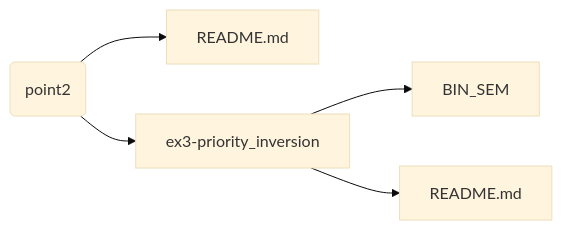
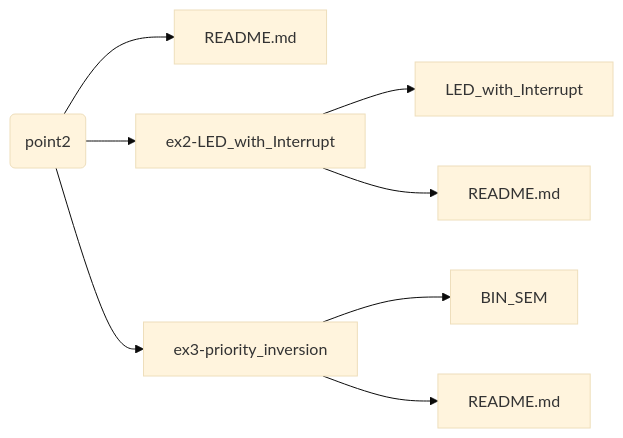
The third of 4 diagrams in README.md (smokyisthatyou/STM32Nucleo64), drawn with Mermaid before and after one commit. The commit also changed other lines of this file, not shown here.

Commit message:
uploading the diagram of example 2 of point 2 and of point3_&_4

````diff
--- a/README.md
+++ b/README.md
@@ -61,16 +60,20 @@
 ```mermaid
 %%{init: {'theme':'base'}}%%
 graph LR;
 A[README.md];
 B[README.md];
+C[README.md];
 p2(point2)
 p2-->A;
+p2-->ex2-LED_with_Interrupt;
 p2-->ex3-priority_inversion;
+ex2-LED_with_Interrupt-->LED_with_Interrupt;
+ex2-LED_with_Interrupt-->B;
 ex3-priority_inversion-->BIN_SEM;
-ex3-priority_inversion-->B;
+ex3-priority_inversion-->C;
 
 click p2 href "https://baltig.polito.it/caos2023/group2/-/tree/point2" "Link to point2";
 
 click README.md href "https://baltig.polito.it/caos2023/group2/-/blob/point2/README.md" "Link to README.md";
 
 ```
````
